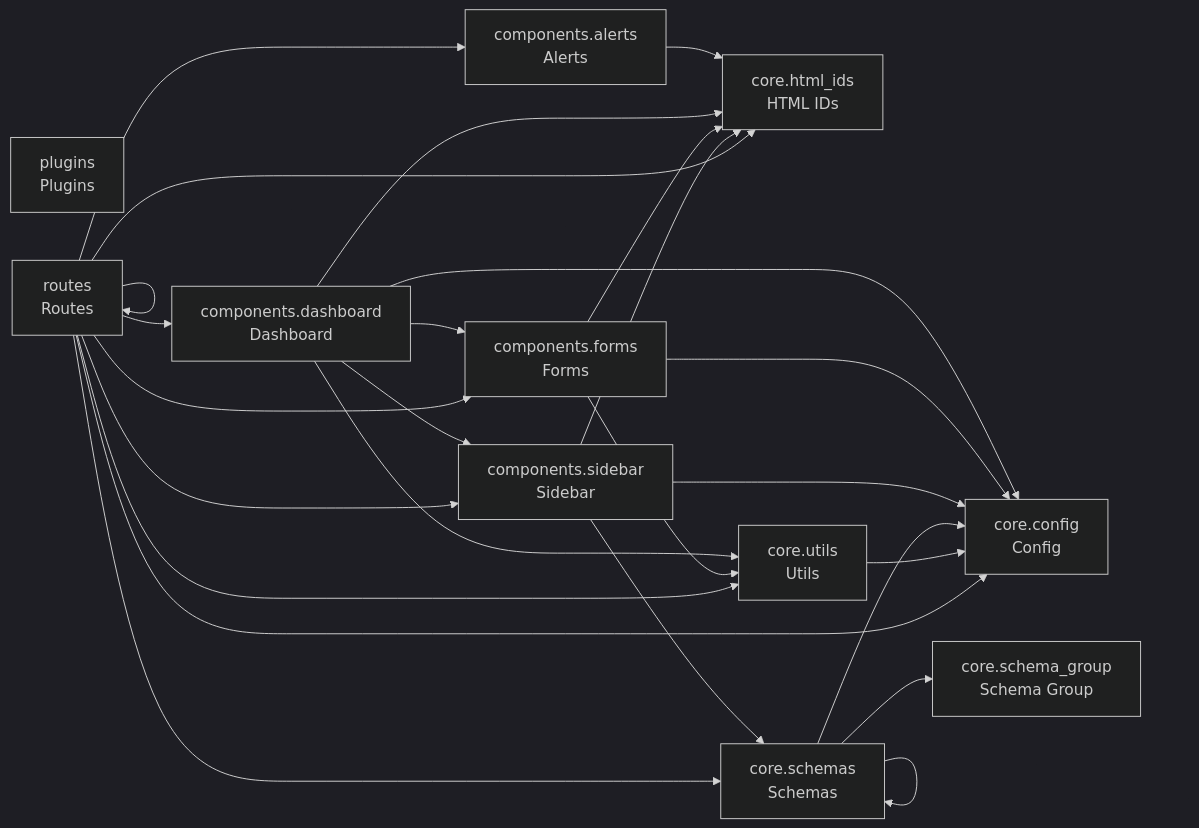
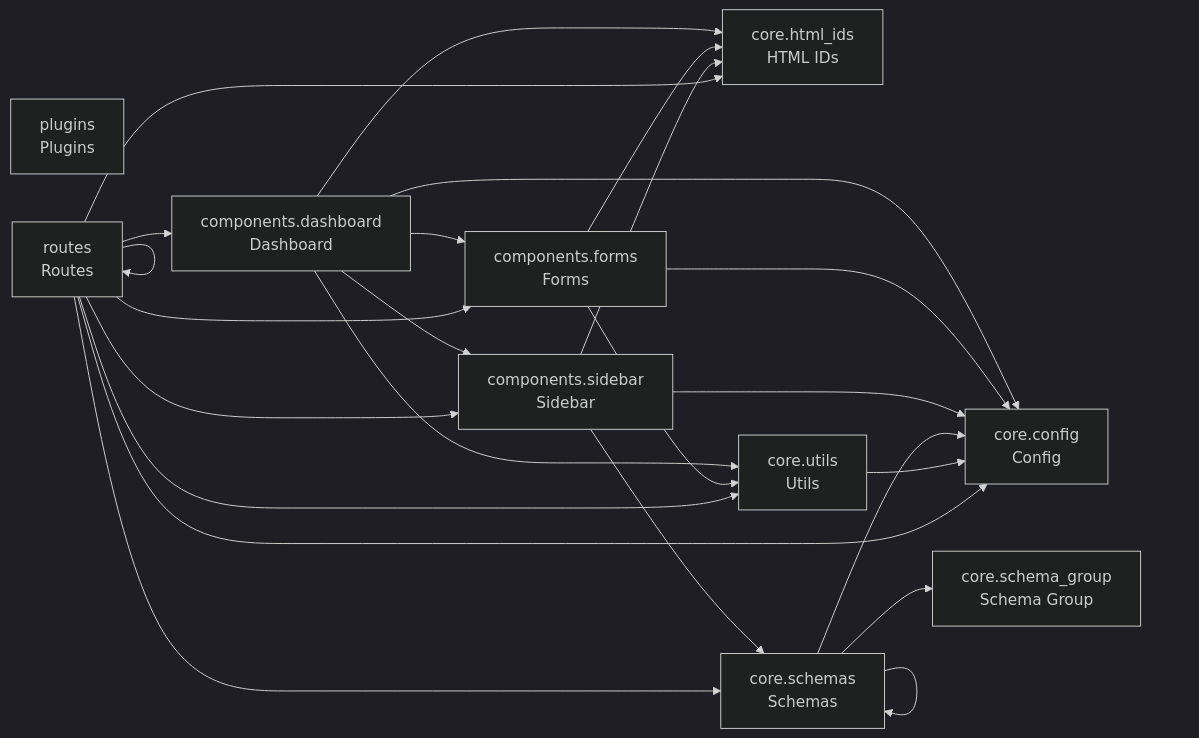
Before and after one commit to cj-mills/cjm-fasthtml-settings: the diagram in README.md, drawn with Mermaid (dark theme). The commit also changed other lines of this file and 14 other files, not shown here.

````diff
--- a/README.md
+++ b/README.md
@@ -33,40 +32,37 @@
 ``` mermaid
 graph LR
-    components_alerts[components.alerts<br/>Alerts]
     components_dashboard[components.dashboard<br/>Dashboard]
     components_forms[components.forms<br/>Forms]
     components_sidebar[components.sidebar<br/>Sidebar]
     core_config[core.config<br/>Config]
     core_html_ids[core.html_ids<br/>HTML IDs]
     core_schema_group[core.schema_group<br/>Schema Group]
     core_schemas[core.schemas<br/>Schemas]
     core_utils[core.utils<br/>Utils]
     plugins[plugins<br/>Plugins]
     routes[routes<br/>Routes]
 
-    components_alerts --> core_html_ids
-    components_dashboard --> core_html_ids
     components_dashboard --> core_utils
+    components_dashboard --> core_config
     components_dashboard --> components_sidebar
     components_dashboard --> components_forms
-    components_dashboard --> core_config
-    components_forms --> core_html_ids
+    components_dashboard --> core_html_ids
     components_forms --> core_utils
     components_forms --> core_config
+    components_forms --> core_html_ids
+    components_sidebar --> core_config
     components_sidebar --> core_html_ids
-    components_sidebar --> core_config
     components_sidebar --> core_schemas
-    core_schemas --> core_schema_group
     core_schemas --> core_schemas
     core_schemas --> core_config
+    core_schemas --> core_schema_group
     core_utils --> core_config
+    routes --> core_schemas
+    routes --> core_utils
     routes --> core_config
-    routes --> core_utils
+    routes --> components_sidebar
+    routes --> components_dashboard
+    routes --> routes
+    routes --> components_forms
     routes --> core_html_ids
-    routes --> components_alerts
-    routes --> routes
-    routes --> core_schemas
-    routes --> components_sidebar
-    routes --> components_forms
-    routes --> components_dashboard
 ```
````
